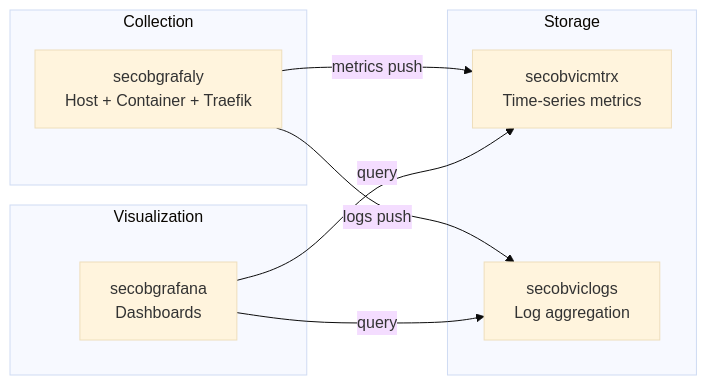
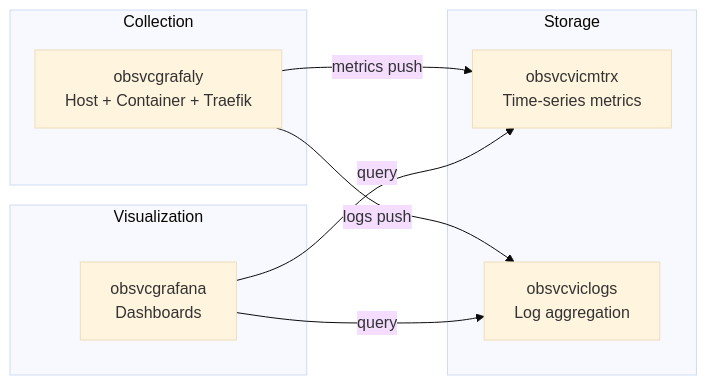
The second of 2 diagrams in README.md (yongxinL/servicehub), drawn with Mermaid (base theme) before and after one commit. The commit also changed other lines of this file and 8 other files, not shown here.

````diff
--- a/README.md
+++ b/README.md
@@ -333,17 +272,17 @@
 ```mermaid
 graph LR
     subgraph Collectors[Collection]
-        Alloy[secobgrafaly\nHost + Container + Traefik]
+        Alloy[obsvcgrafaly\nHost + Container + Traefik]
     end
     subgraph Storage[Storage]
-        VM[secobvicmtrx\nTime-series metrics]
-        VL[secobviclogs\nLog aggregation]
+        VM[obsvcvicmtrx\nTime-series metrics]
+        VL[obsvcviclogs\nLog aggregation]
     end
     subgraph Visualization[Visualization]
-        Grafana[secobgrafana\nDashboards]
+        Grafana[obsvcgrafana\nDashboards]
     end
     Alloy -->|metrics push| VM
     Alloy -->|logs push| VL
     Grafana -->|query| VM
     Grafana -->|query| VL
 ```
````
